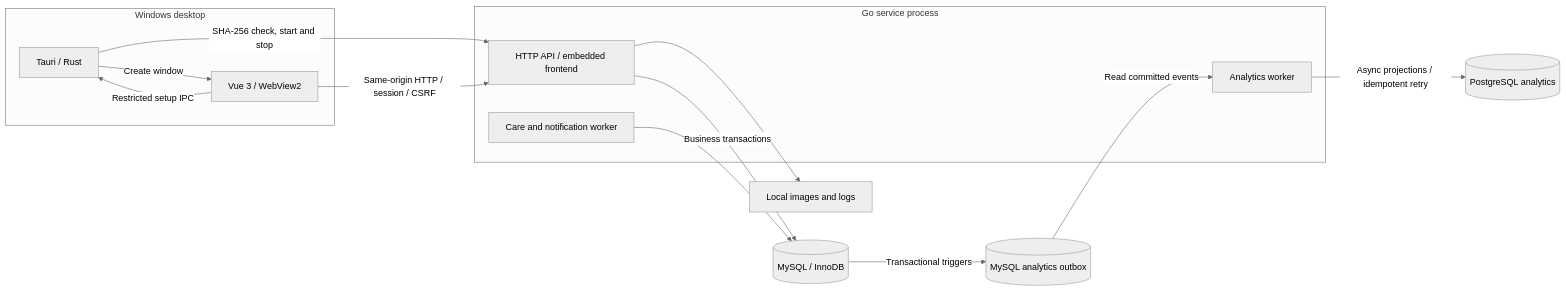
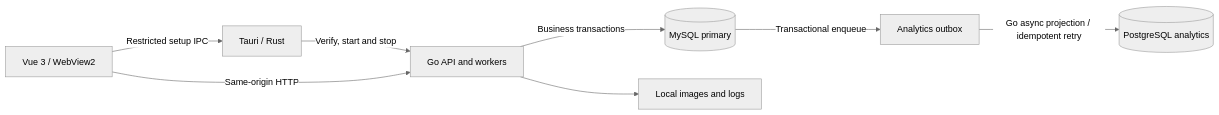
Before and after one commit to WatchTestCs/smart-elderly-watch-management: the diagram in README.en.md, drawn with Mermaid (neutral theme). The commit also changed other lines of this file and 3 other files, not shown here.

````diff
--- a/README.en.md
+++ b/README.en.md
@@ -112,22 +98,10 @@
 ```mermaid
 flowchart LR
-  subgraph Client["Windows desktop"]
-    R["Tauri / Rust"]
-    V["Vue 3 / WebView2"]
-    R -->|"Create window"| V
-    V -->|"Restricted setup IPC"| R
-  end
-  subgraph Server["Go service process"]
-    G["HTTP API / embedded frontend"]
-    C["Care and notification worker"]
-    A["Analytics worker"]
-  end
-  R -->|"SHA-256 check, start and stop"| G
-  V -->|"Same-origin HTTP / session / CSRF"| G
-  G -->|"Business transactions"| M[("MySQL / InnoDB")]
-  C --> M
-  M -->|"Transactional triggers"| O[("MySQL analytics outbox")]
-  O -->|"Read committed events"| A
-  A -->|"Async projections / idempotent retry"| P[("PostgreSQL analytics")]
+  R["Tauri / Rust"] -->|"Verify, start and stop"| G["Go API and workers"]
+  V["Vue 3 / WebView2"] -->|"Same-origin HTTP"| G
+  V -->|"Restricted setup IPC"| R
+  G -->|"Business transactions"| M[("MySQL primary")]
+  M -->|"Transactional enqueue"| O["Analytics outbox"]
+  O -->|"Go async projection / idempotent retry"| P[("PostgreSQL analytics")]
   G --> F["Local images and logs"]
 ```
````
